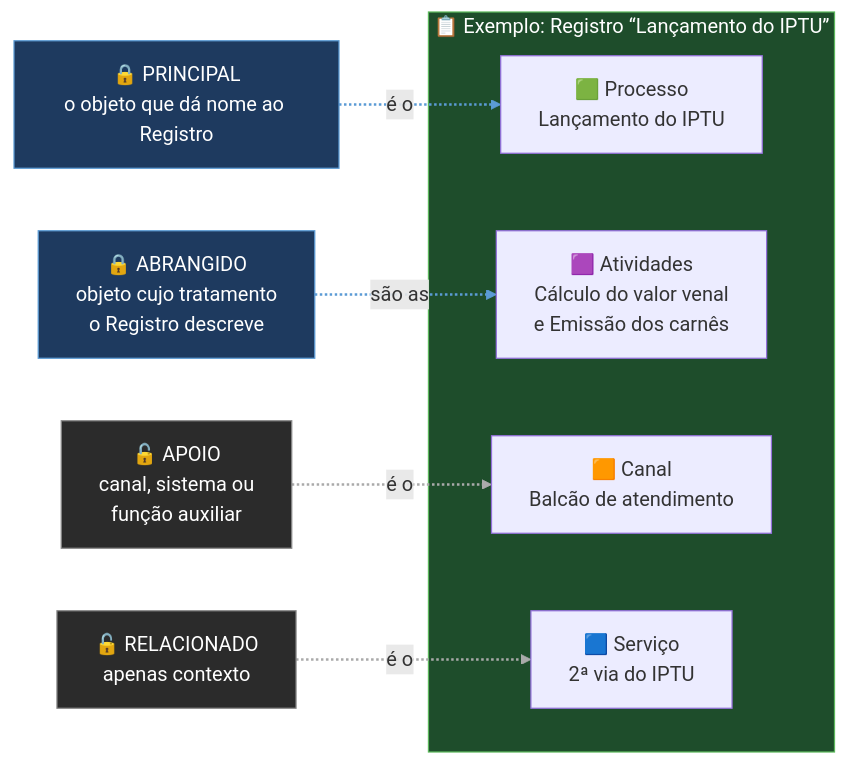
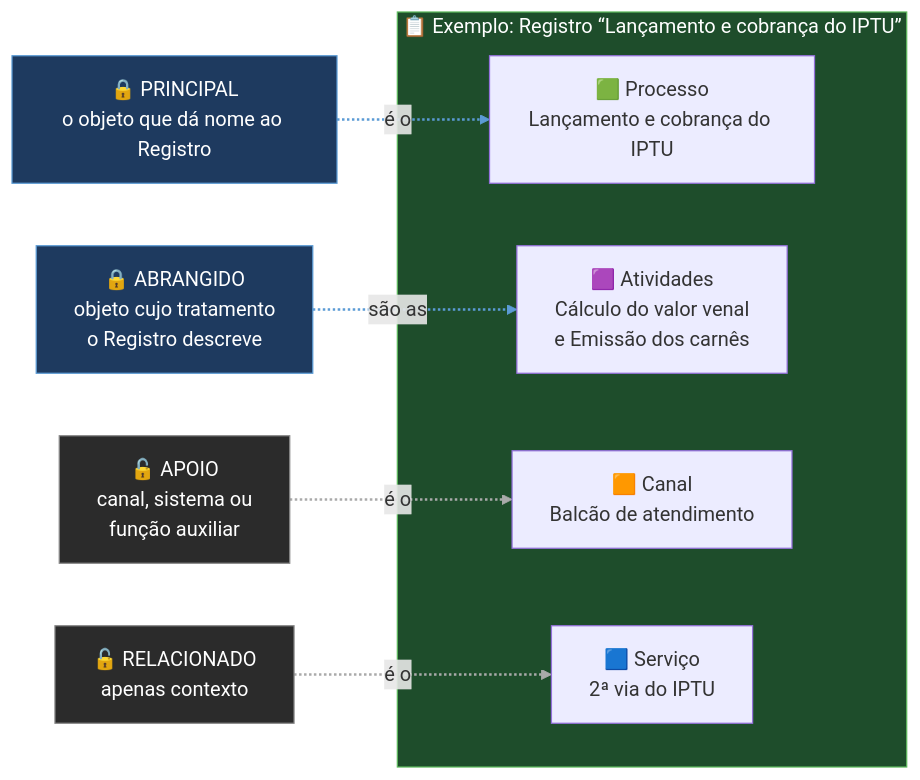
Before and after one commit to ailtonfv/governanca-lgpd-hortolandia: the ninth of 11 diagrams in README.md, drawn with Mermaid. The commit also changed other lines of this file and 1 other file, not shown here.

````diff
--- a/README.md
+++ b/README.md
@@ -237,24 +364,24 @@
 ```mermaid
 flowchart LR
     PR["🔒 PRINCIPAL<br/>o objeto que dá nome ao Registro"]
     AB["🔒 ABRANGIDO<br/>objeto cujo tratamento<br/>o Registro descreve"]
     AP["🔓 APOIO<br/>canal, sistema ou<br/>função auxiliar"]
     RE["🔓 RELACIONADO<br/>apenas contexto"]
-    subgraph EX["📋 Exemplo: Registro “Lançamento do IPTU”"]
-        E1["🟩 Processo<br/>Lançamento do IPTU"]
+    subgraph EX["📋 Exemplo: Registro “Lançamento e cobrança do IPTU”"]
+        E1["🟩 Processo<br/>Lançamento e cobrança do IPTU"]
         E2["🟪 Atividades<br/>Cálculo do valor venal<br/>e Emissão dos carnês"]
         E3["🟧 Canal<br/>Balcão de atendimento"]
         E4["🟦 Serviço<br/>2ª via do IPTU"]
     end
     PR -. "é o" .-> E1
     AB -. "são as" .-> E2
     AP -. "é o" .-> E3
     RE -. "é o" .-> E4
     style PR fill:#1e3a5f,stroke:#5b9bd5,color:#fff
     style AB fill:#1e3a5f,stroke:#5b9bd5,color:#fff
     style AP fill:#2b2b2b,stroke:#888,color:#fff
     style RE fill:#2b2b2b,stroke:#888,color:#fff
     style EX fill:#1e4d2b,stroke:#5cb85c,color:#fff
     linkStyle 0,1 stroke:#5b9bd5,stroke-width:2px
     linkStyle 2,3 stroke:#aaaaaa,stroke-width:2px
 ```
````
